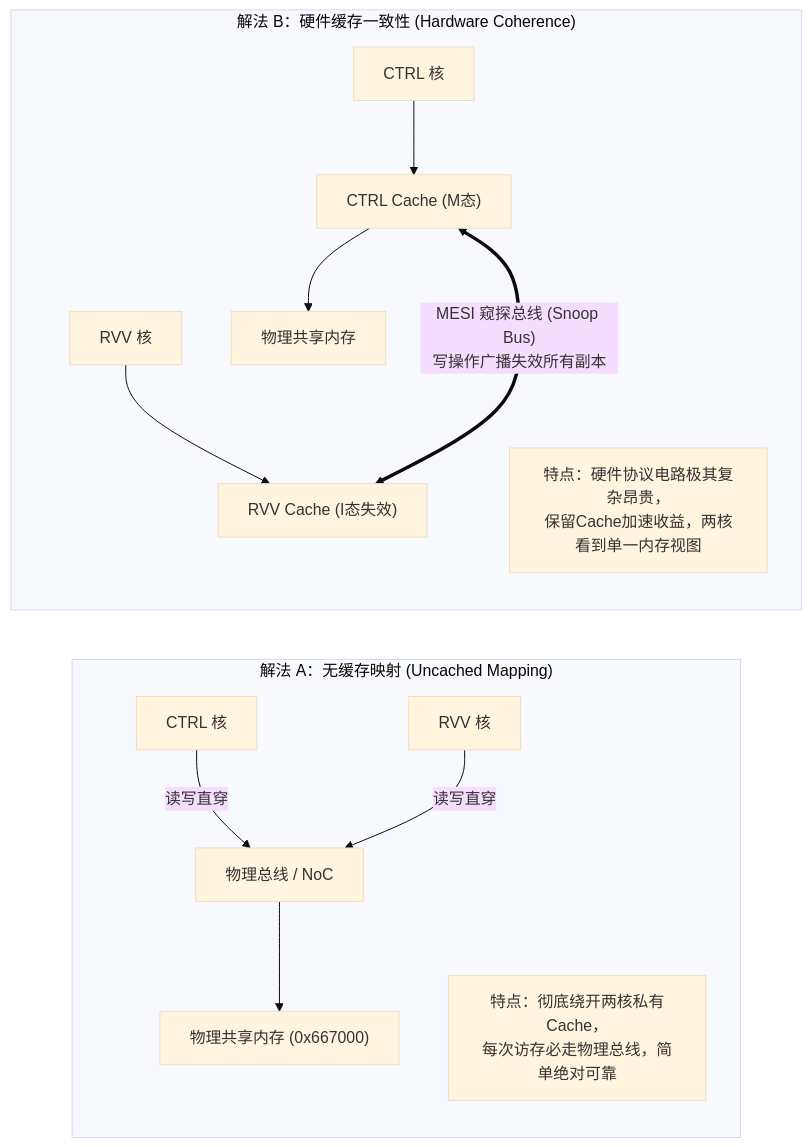
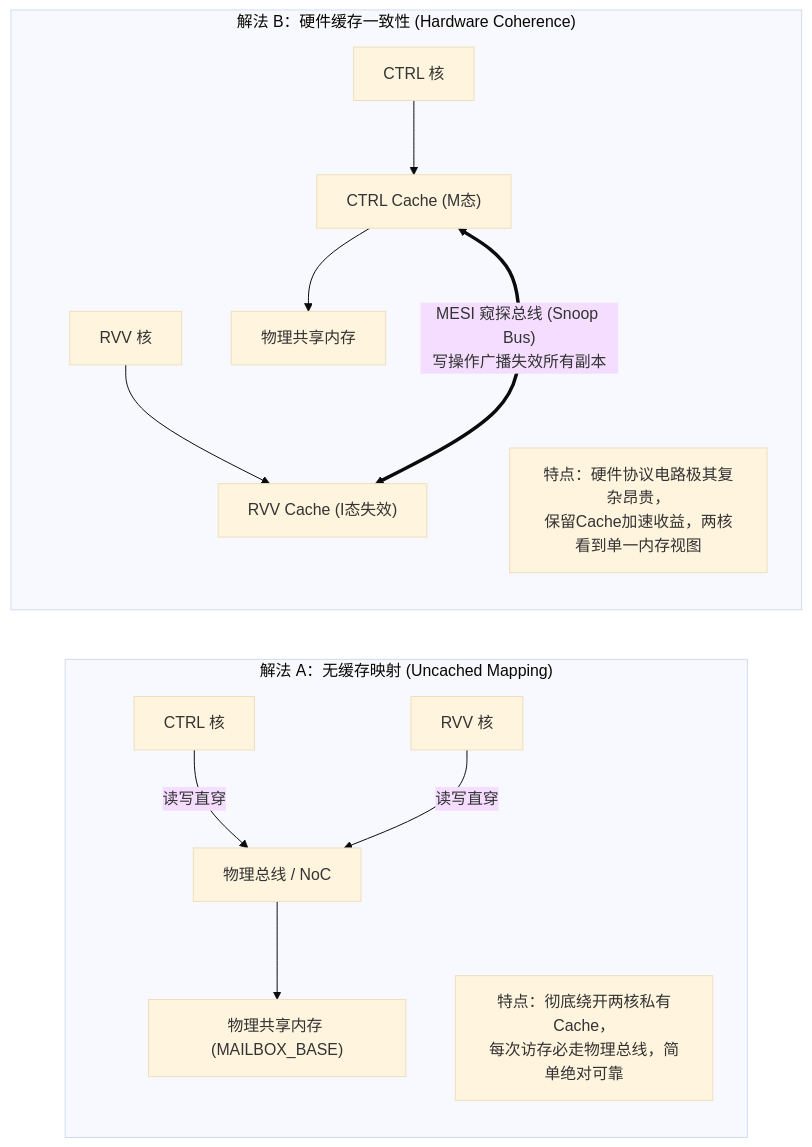
One commit to hqu-little-boy/blog changed the fifth of 12 diagrams in src/content/posts/heterogeneous-dual-core-communication-cache-coherence-and-mmio-guide.md. Above: the diagram before and after it, drawn with Mermaid (base theme). The commit also changed other lines of this file, not shown here.

````diff
--- a/src/content/posts/heterogeneous-dual-core-communication-cache-coherence-and-mmio-guide.md
+++ b/src/content/posts/heterogeneous-dual-core-communication-cache-coherence-and-mmio-guide.md
@@ -221,19 +221,19 @@
 ```mermaid
 flowchart LR
     subgraph PlanA ["解法 A：无缓存映射 (Uncached Mapping)"]
         direction TB
         C1["CTRL 核"] -->|"读写直穿"| BUS1["物理总线 / NoC"]
         R1["RVV 核"] -->|"读写直穿"| BUS1
-        BUS1 --> MEM1["物理共享内存 (0x667000)"]
+        BUS1 --> MEM1["物理共享内存 (MAILBOX_BASE)"]
         note1["特点：彻底绕开两核私有Cache，<br>每次访存必走物理总线，简单绝对可靠"]
     end
 
     subgraph PlanB ["解法 B：硬件缓存一致性 (Hardware Coherence)"]
         direction TB
         C2["CTRL 核"] --> CACHE_C["CTRL Cache (M态)"]
         R2["RVV 核"] --> CACHE_R["RVV Cache (I态失效)"]
         CACHE_C <===>|"MESI 窥探总线 (Snoop Bus)<br>写操作广播失效所有副本"| CACHE_R
         CACHE_C --> MEM2["物理共享内存"]
         note2["特点：硬件协议电路极其复杂昂贵，<br>保留Cache加速收益，两核看到单一内存视图"]
     end
 ```
````
